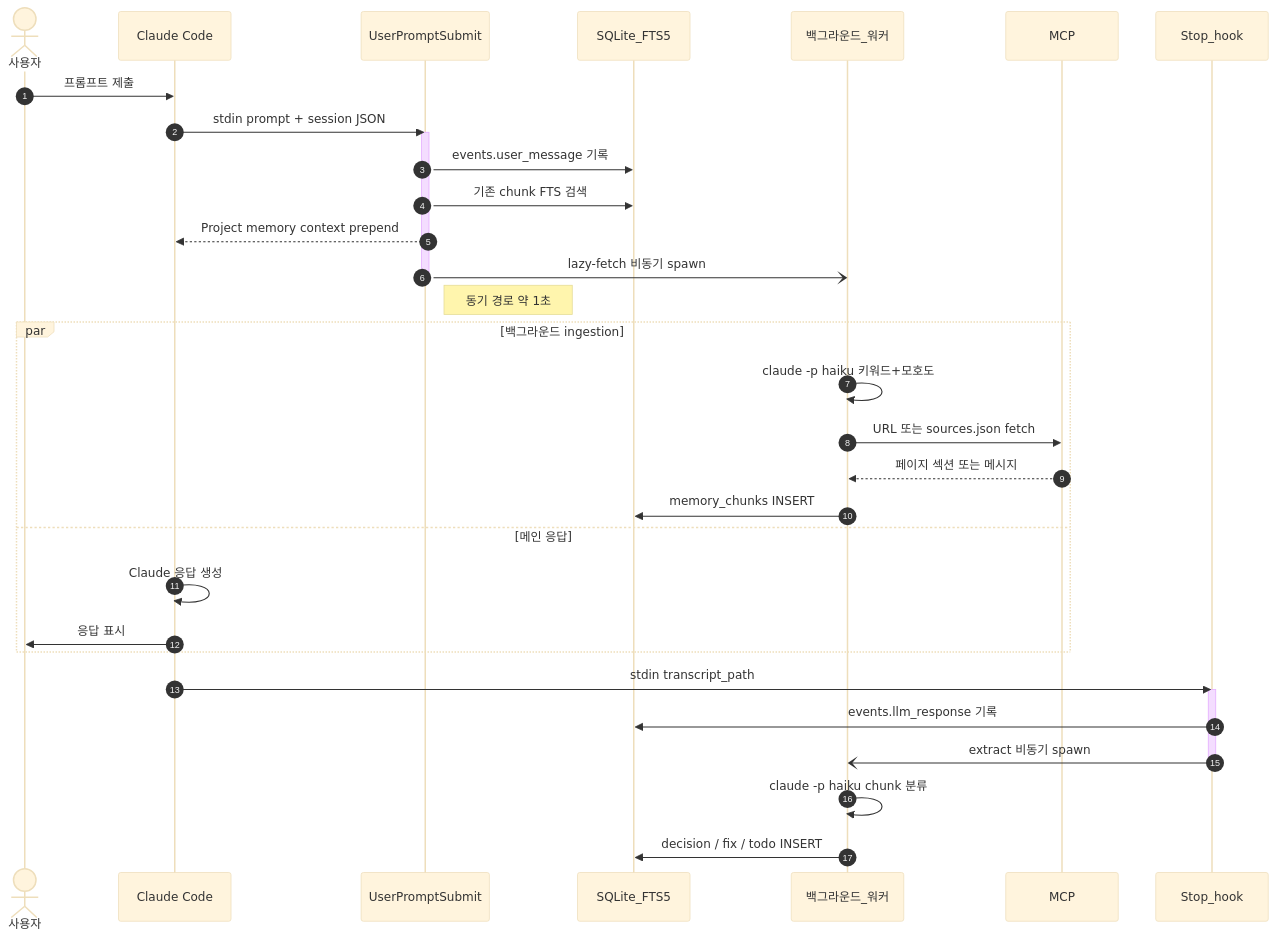
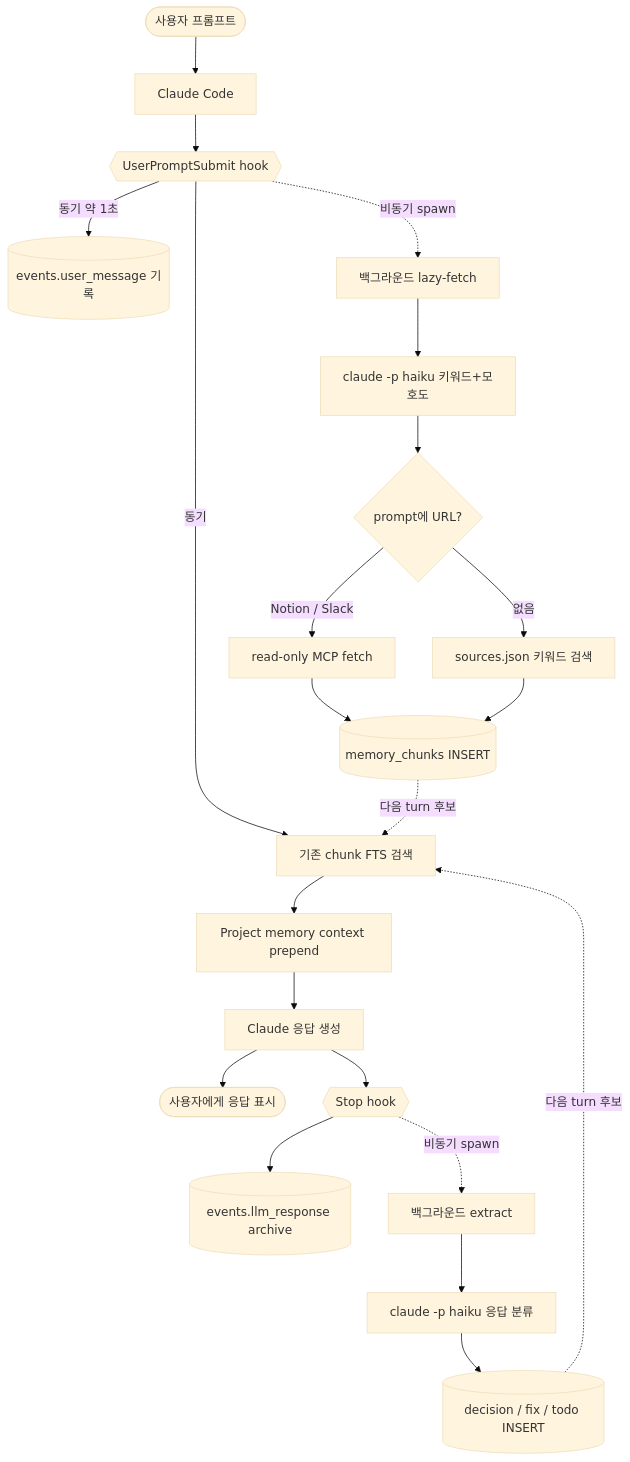
Before and after one commit to taeuk178/MultiAgentCLI: the first of 2 diagrams in README.md, drawn with Mermaid (base theme). The commit also changed 1 other file, not shown here.

Commit message:
전체 플로우 mermaid를 sequenceDiagram에서 flowchart로 변경
Warp의 mermaid 렌더러가 sequenceDiagram의 -) async 화살표·activate/deactivate·
par/and/end 신문법에서 멈춰 Rendering Mermaid diagram… 상태로 정지하던 문제를
해결한다. 같은 환경에서 이미 검증된 flowchart syntax로 시간 흐름은 위→아래,
동시성은 점선으로 표현해 의미 손실 없이 변환했다. flow.md UPS 다이어그램의
따옴표 라벨·br 태그도 같은 보수적 스타일로 정리.

````diff
--- a/README.md
+++ b/README.md
@@ -22,39 +22,28 @@
 ```mermaid
-sequenceDiagram
-    autonumber
-    actor U as 사용자
-    participant CC as Claude Code
-    participant UPS as UserPromptSubmit
-    participant DB as SQLite_FTS5
-    participant BG as 백그라운드_워커
-    participant MCP as MCP
-    participant ST as Stop_hook
+flowchart TB
+    U([사용자 프롬프트]) --> CC[Claude Code]
+    CC --> UPS{{UserPromptSubmit hook}}
 
-    U->>CC: 프롬프트 제출
-    CC->>UPS: stdin prompt + session JSON
-    activate UPS
-    UPS->>DB: events.user_message 기록
-    UPS->>DB: 기존 chunk FTS 검색
-    UPS-->>CC: Project memory context prepend
-    UPS-)BG: lazy-fetch 비동기 spawn
-    deactivate UPS
-    Note right of UPS: 동기 경로 약 1초
+    UPS -->|동기 약 1초| LOG[(events.user_message 기록)]
+    UPS -->|동기| SEARCH[기존 chunk FTS 검색]
+    SEARCH --> CTX[Project memory context prepend]
+    CTX --> RESP[Claude 응답 생성]
 
-    par 백그라운드 ingestion
-        BG->>BG: claude -p haiku 키워드+모호도
-        BG->>MCP: URL 또는 sources.json fetch
-        MCP-->>BG: 페이지 섹션 또는 메시지
-        BG->>DB: memory_chunks INSERT
-    and 메인 응답
-        CC->>CC: Claude 응답 생성
-        CC->>U: 응답 표시
-    end
+    UPS -.비동기 spawn.-> BGF[백그라운드 lazy-fetch]
+    BGF --> ANL[claude -p haiku 키워드+모호도]
+    ANL --> URL{prompt에 URL?}
+    URL -->|Notion / Slack| FETCH[read-only MCP fetch]
+    URL -->|없음| KW[sources.json 키워드 검색]
+    FETCH --> CHUNK[(memory_chunks INSERT)]
+    KW --> CHUNK
 
-    CC->>ST: stdin transcript_path
-    activate ST
-    ST->>DB: events.llm_response 기록
-    ST-)BG: extract 비동기 spawn
-    deactivate ST
-    BG->>BG: claude -p haiku chunk 분류
-    BG->>DB: decision / fix / todo INSERT
+    RESP --> USR([사용자에게 응답 표시])
+    RESP --> ST{{Stop hook}}
+    ST --> LOG2[(events.llm_response archive)]
+    ST -.비동기 spawn.-> BGE[백그라운드 extract]
+    BGE --> EX[claude -p haiku 응답 분류]
+    EX --> CHUNK2[(decision / fix / todo INSERT)]
+
+    CHUNK -.다음 turn 후보.-> SEARCH
+    CHUNK2 -.다음 turn 후보.-> SEARCH
 ```
````
